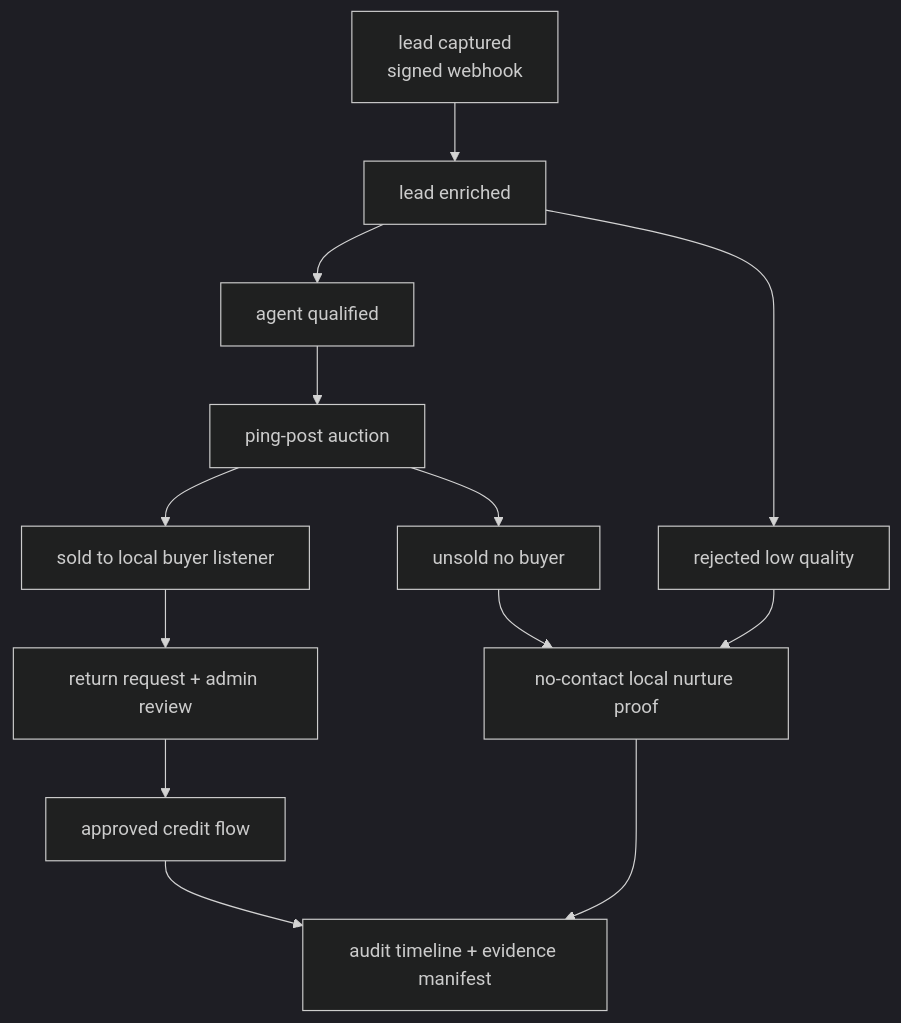
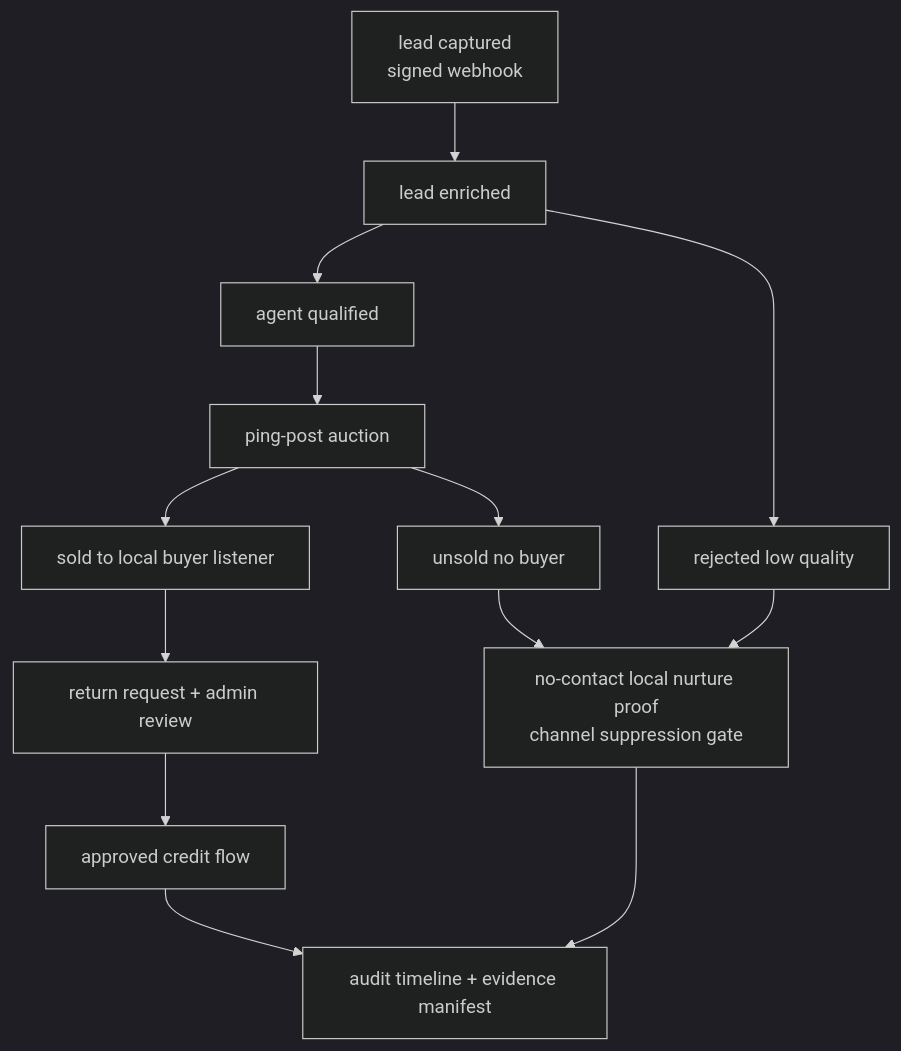
One commit to TimothyVang/stormlead changed the second of 3 diagrams in README.md. Above: the diagram before and after it, drawn with Mermaid (dark theme). The commit also changed other lines of this file and 153 other files, not shown here.

````diff
--- a/README.md
+++ b/README.md
@@ -100,15 +101,15 @@
 ```mermaid
 flowchart TD
   Captured["lead captured<br/>signed webhook"] --> Enriched["lead enriched"]
   Enriched --> Qualified["agent qualified"]
   Enriched --> Rejected["rejected low quality"]
   Qualified --> Auction["ping-post auction"]
   Auction --> Sold["sold to local buyer listener"]
   Auction --> Unsold["unsold no buyer"]
   Sold --> ReturnReview["return request + admin review"]
   ReturnReview --> Credited["approved credit flow"]
-  Unsold --> Nurture["no-contact local nurture proof"]
+  Unsold --> Nurture["no-contact local nurture proof<br/>channel suppression gate"]
   Rejected --> Nurture
   Nurture --> Evidence["audit timeline + evidence manifest"]
   Credited --> Evidence
 ```
````
